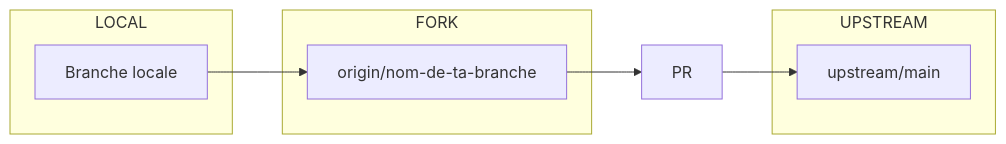
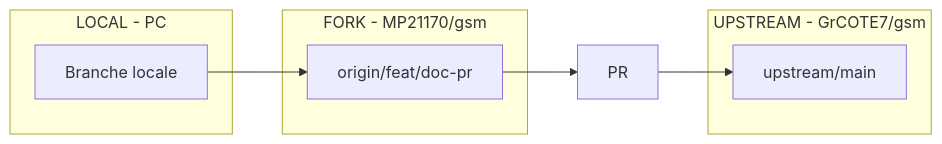
The first of 2 diagrams in doc/0110_GIT_PR.md (GrCOTE7/gsm), drawn with Mermaid before and after one commit. The commit also changed other lines of this file and 9 other files, not shown here.

````diff
--- a/doc/0110_GIT_PR.md
+++ b/doc/0110_GIT_PR.md
@@ -19,18 +20,18 @@
 ```mermaid
 flowchart LR
-    subgraph LOCAL
+    subgraph LOCAL - PC
         A[Branche locale]
     end
 
-    subgraph FORK
-        B[origin/nom-de-ta-branche]
+    subgraph FORK - MP21170/gsm
+        B[origin/feat/doc-pr]
     end
 
-    subgraph UPSTREAM
+    subgraph UPSTREAM - GrCOTE7/gsm
         D[upstream/main]
     end
 
     A --> B
     B --> C[PR]
     C --> D
 ```
````
